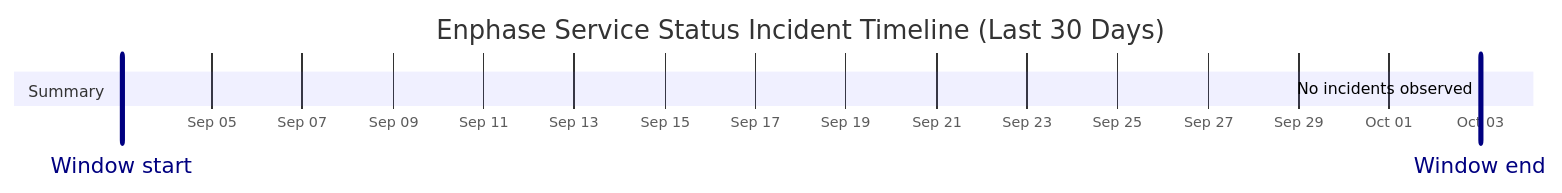
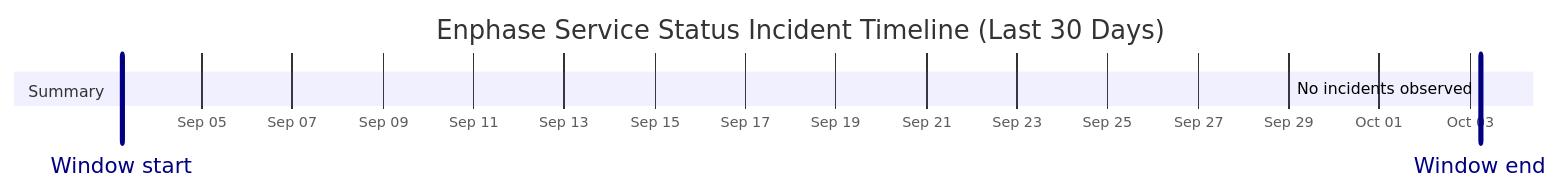
One commit to barneyonline/ha-enphase-energy changed the diagram in wiki/Service-Status-History.md. Above: the diagram before and after it, drawn with Mermaid. The commit also changed other lines of this file and 3 other files, not shown here.

````diff
--- a/wiki/Service-Status-History.md
+++ b/wiki/Service-Status-History.md
@@ -14,10 +14,10 @@
 ```mermaid
 gantt
     title Enphase Service Status Incident Timeline (Last 30 Days)
     dateFormat  YYYY-MM-DDTHH:mm:ss
     axisFormat  %b %d
-    Window start :vert, window-start, 2026-09-03T00:09:38, 0ms
-    Window end :vert, window-end, 2026-10-03T00:09:38, 0ms
+    Window start :vert, window-start, 2026-09-03T05:34:12, 0ms
+    Window end :vert, window-end, 2026-10-03T05:34:12, 0ms
     section Summary
-    No incidents observed :done, 2026-10-03T00:09:38, 1m
+    No incidents observed :done, 2026-10-03T05:34:12, 1m
 ```
````
